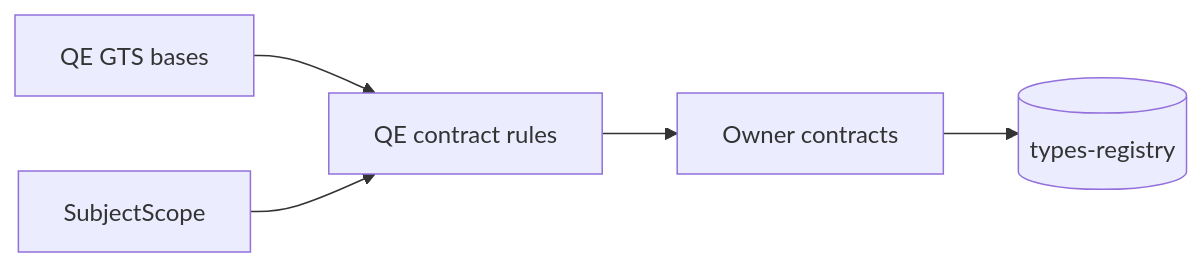
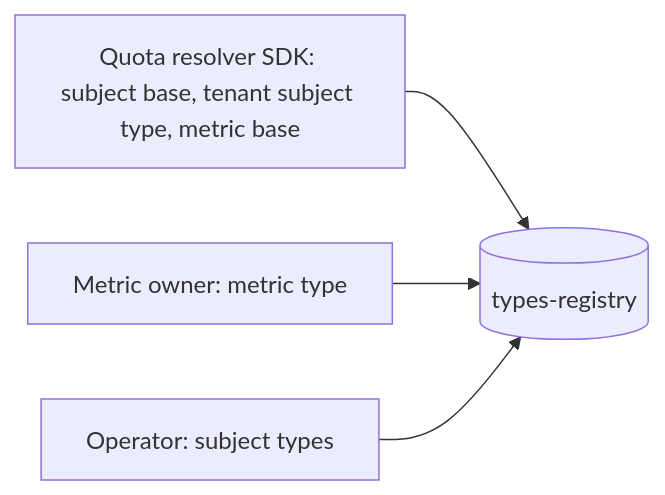
The second of 5 diagrams in gears/system/quota-enforcement/docs/GTS_PROJECTION_CONTRACT_FLOW.md (constructorfabric/gears-rust), drawn with Mermaid before and after one commit. The commit also changed other lines of this file and 48 other files, not shown here.

````diff
--- a/gears/system/quota-enforcement/docs/GTS_PROJECTION_CONTRACT_FLOW.md
+++ b/gears/system/quota-enforcement/docs/GTS_PROJECTION_CONTRACT_FLOW.md
@@ -19,7 +25,6 @@
 ```mermaid
 flowchart LR
-    bases["QE GTS bases"] --> rules["QE contract rules"]
-    scope["SubjectScope"] --> rules
-    rules --> contracts["Owner contracts"]
-    contracts --> registry[("types-registry")]
+    qr["Quota resolver SDK: subject base, tenant subject type, metric base"] --> registry[("types-registry")]
+    owner["Metric owner: metric type"] --> registry
+    operator["Operator: subject types"] --> registry
 ```
````
